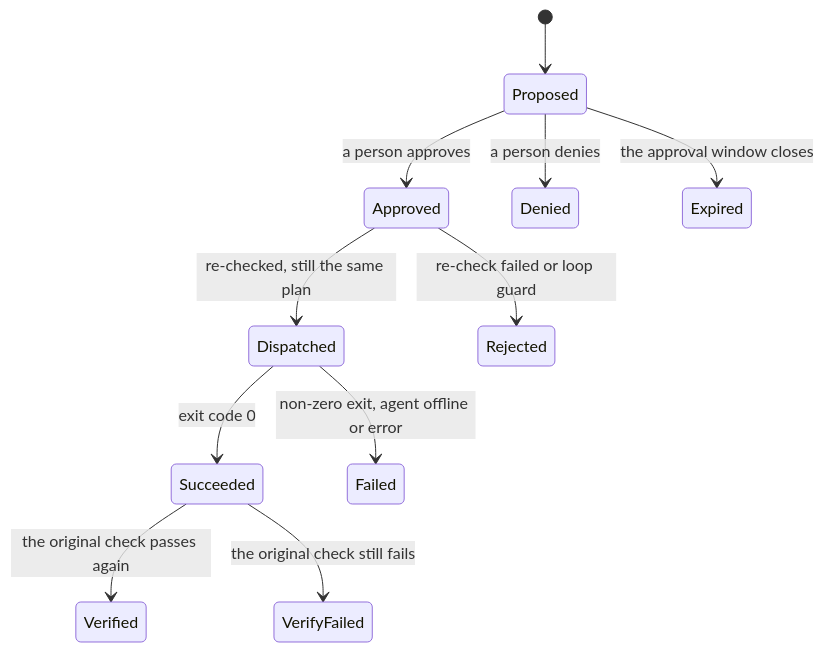
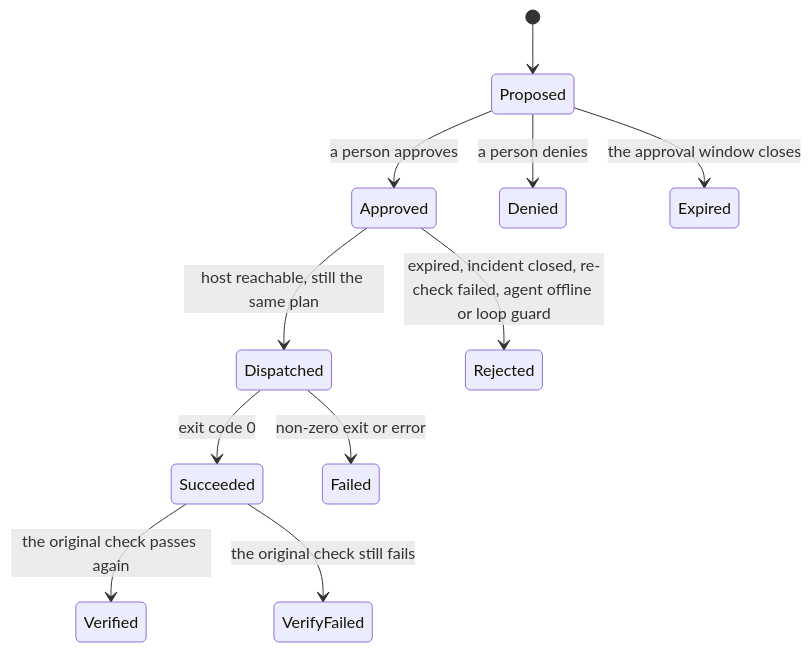
The diagram in docs/book/src/concepts/actions.md (RoastSlav/domovoi), drawn with Mermaid before and after one commit. The commit also changed other lines of this file, not shown here.

Commit message:
docs: describe waiting for an offline host and the dispatch checks

````diff
--- a/docs/book/src/concepts/actions.md
+++ b/docs/book/src/concepts/actions.md
@@ -7,13 +7,13 @@
 ```mermaid
 stateDiagram-v2
     [*] --> Proposed
     Proposed --> Approved: a person approves
     Proposed --> Denied: a person denies
     Proposed --> Expired: the approval window closes
-    Approved --> Dispatched: re-checked, still the same plan
-    Approved --> Rejected: re-check failed or loop guard
+    Approved --> Dispatched: host reachable, still the same plan
+    Approved --> Rejected: expired, incident closed, re-check failed, agent offline or loop guard
     Dispatched --> Succeeded: exit code 0
-    Dispatched --> Failed: non-zero exit, agent offline or error
+    Dispatched --> Failed: non-zero exit or error
     Succeeded --> Verified: the original check passes again
     Succeeded --> VerifyFailed: the original check still fails
 ```
````
